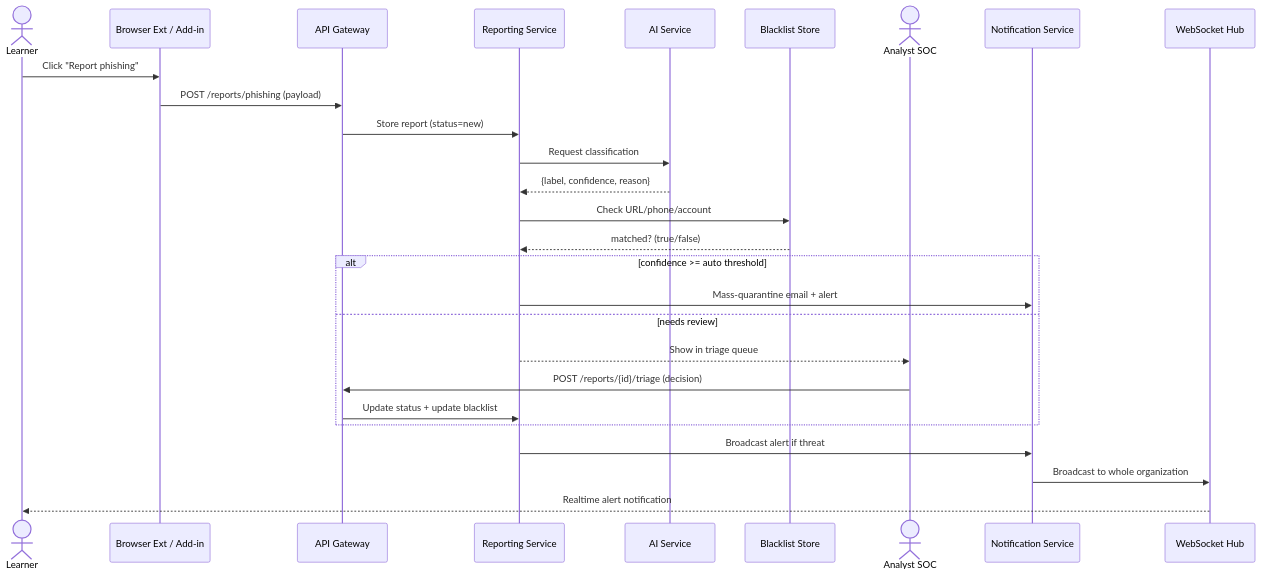
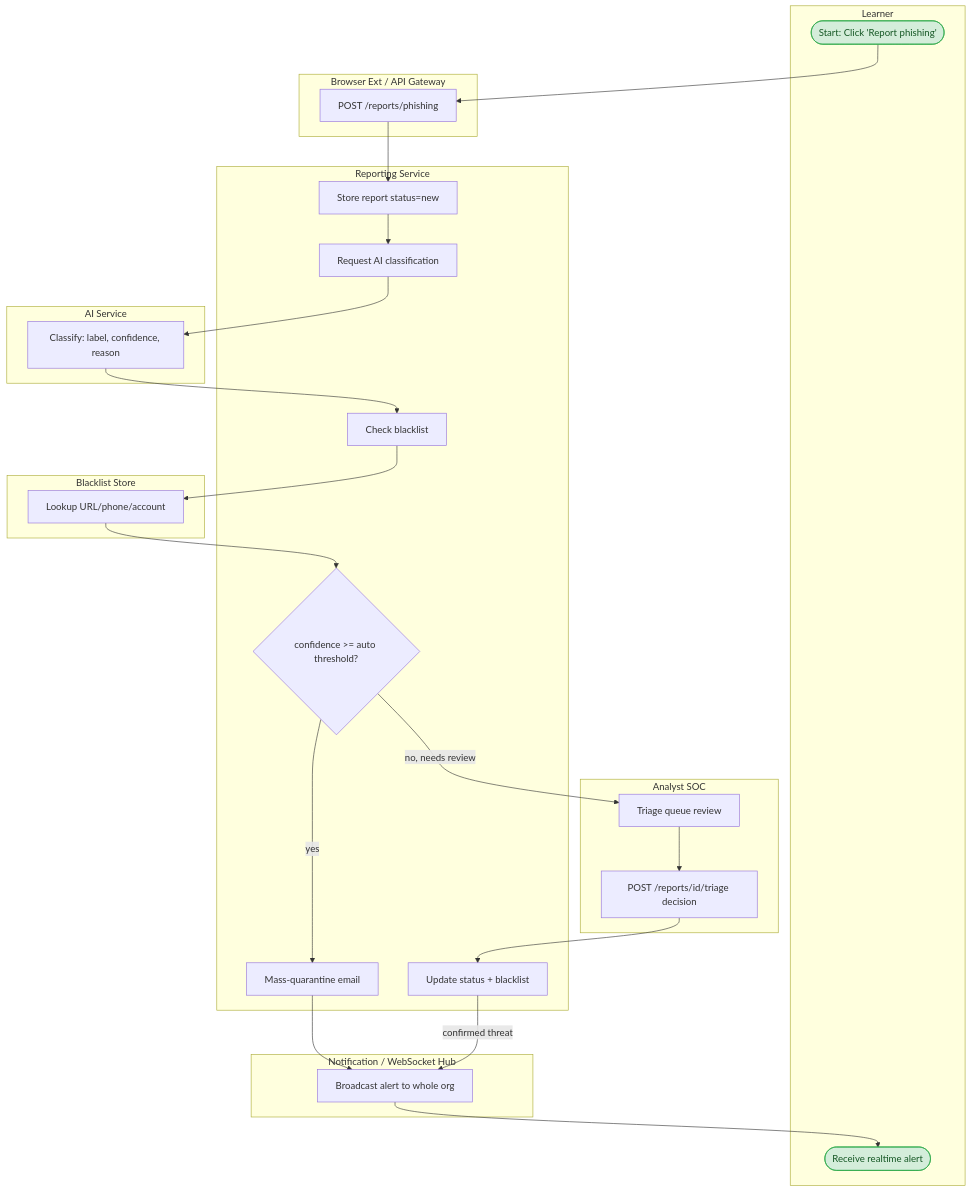
One commit to vuthainguyen1602/digishield changed the seventh of 29 diagrams in docs/DigiShield_Technical_Design.md. Above: the diagram before and after it, drawn with Mermaid. The commit also changed other lines of this file and 2 other files, not shown here.

Commit message:
docs: align infra runbooks with codified dev stack; swimlane flow 6.3
- terraform/README.md + DEPLOY_RUNBOOK.md: reflect the ingress-nginx + NLB +
  static EIP + Let's Encrypt/DuckDNS + Cognito setup and bootstrap-addons.sh;
  drop the stale ALB/ACM and manual add-on steps; fix free-tier instance classes
- TDD 6.3: convert the report-and-alert sequence diagram to a swimlane flowchart
  (lanes + gateway); rename section 6 to 'Business Flow Diagrams'

````diff
--- a/docs/DigiShield_Technical_Design.md
+++ b/docs/DigiShield_Technical_Design.md
@@ -390,30 +390,47 @@
 ```mermaid
-sequenceDiagram
-    actor L as Learner
-    participant BX as Browser Ext / Add-in
-    participant GW as API Gateway
-    participant REP as Reporting Service
-    participant AIS as AI Service
-    participant BL as Blacklist Store
-    actor AN as Analyst SOC
-    participant NOT as Notification Service
-    participant WS as WebSocket Hub
+flowchart TB
+    classDef ev fill:#d4edda,stroke:#28a745,color:#155724;
 
-    L->>BX: Click "Report phishing"
-    BX->>GW: POST /reports/phishing (payload)
-    GW->>REP: Store report (status=new)
-    REP->>AIS: Request classification
-    AIS-->>REP: {label, confidence, reason}
-    REP->>BL: Check URL/phone/account
-    BL-->>REP: matched? (true/false)
-    alt confidence >= auto threshold
-        REP->>NOT: Mass-quarantine email + alert
-    else needs review
-        REP-->>AN: Show in triage queue
-        AN->>GW: POST /reports/{id}/triage (decision)
-        GW->>REP: Update status + update blacklist
+    subgraph L[Learner]
+        A([Start: Click 'Report phishing']):::ev
+        Z([Receive realtime alert]):::ev
     end
-    REP->>NOT: Broadcast alert if threat
-    NOT->>WS: Broadcast to whole organization
-    WS-->>L: Realtime alert notification
+
+    subgraph EXT[Browser Ext / API Gateway]
+        B[POST /reports/phishing]
+    end
+
+    subgraph REP[Reporting Service]
+        C[Store report status=new]
+        D[Request AI classification]
+        E[Check blacklist]
+        G{confidence >= auto threshold?}
+        H[Mass-quarantine email]
+        I[Update status + blacklist]
+    end
+
+    subgraph AIS[AI Service]
+        D2[Classify: label, confidence, reason]
+    end
+
+    subgraph BL[Blacklist Store]
+        E2[Lookup URL/phone/account]
+    end
+
+    subgraph AN[Analyst SOC]
+        T[Triage queue review]
+        U[POST /reports/id/triage decision]
+    end
+
+    subgraph NOT[Notification / WebSocket Hub]
+        N[Broadcast alert to whole org]
+    end
+
+    A --> B --> C --> D
+    D --> D2 --> E
+    E --> E2 --> G
+    G -- yes --> H --> N
+    G -- "no, needs review" --> T --> U --> I
+    I -- confirmed threat --> N
+    N --> Z
 ```
````
